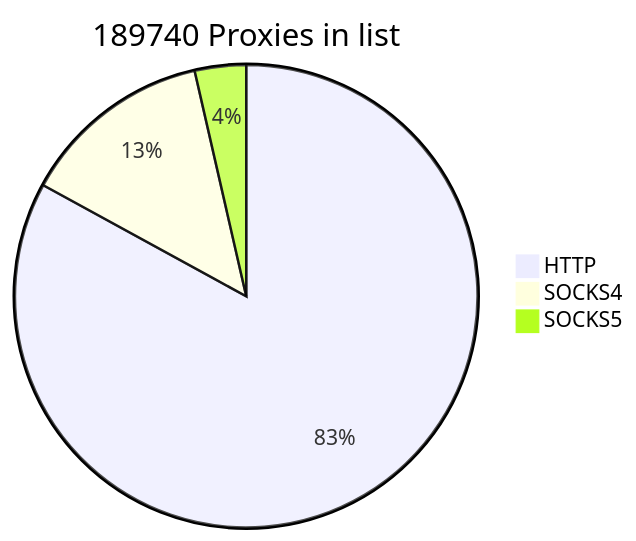
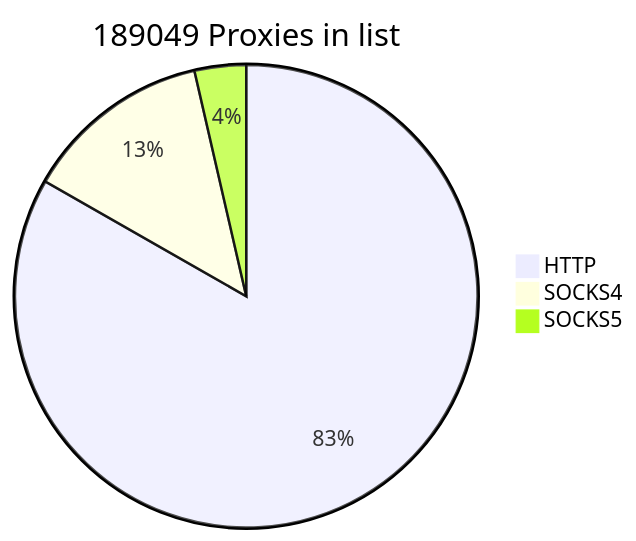
The first of 2 diagrams in README.md (cutipu/proxylist), drawn with Mermaid before and after one commit. The commit also changed other lines of this file, not shown here.

````diff
--- a/README.md
+++ b/README.md
@@ -2,7 +2,7 @@
 ```mermaid
-pie title 189740 Proxies in list
-    "HTTP" : 157421
-    "SOCKS4" : 25519
+pie title 189049 Proxies in list
+    "HTTP" : 157398
+    "SOCKS4" : 24851
     "SOCKS5" : 6800
             
 ```
````
